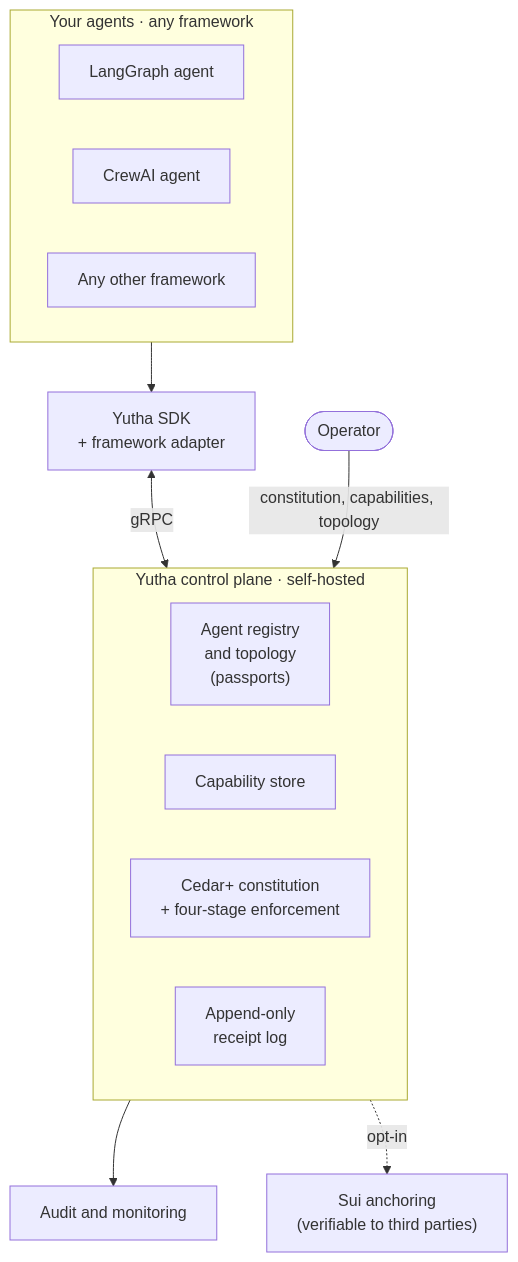
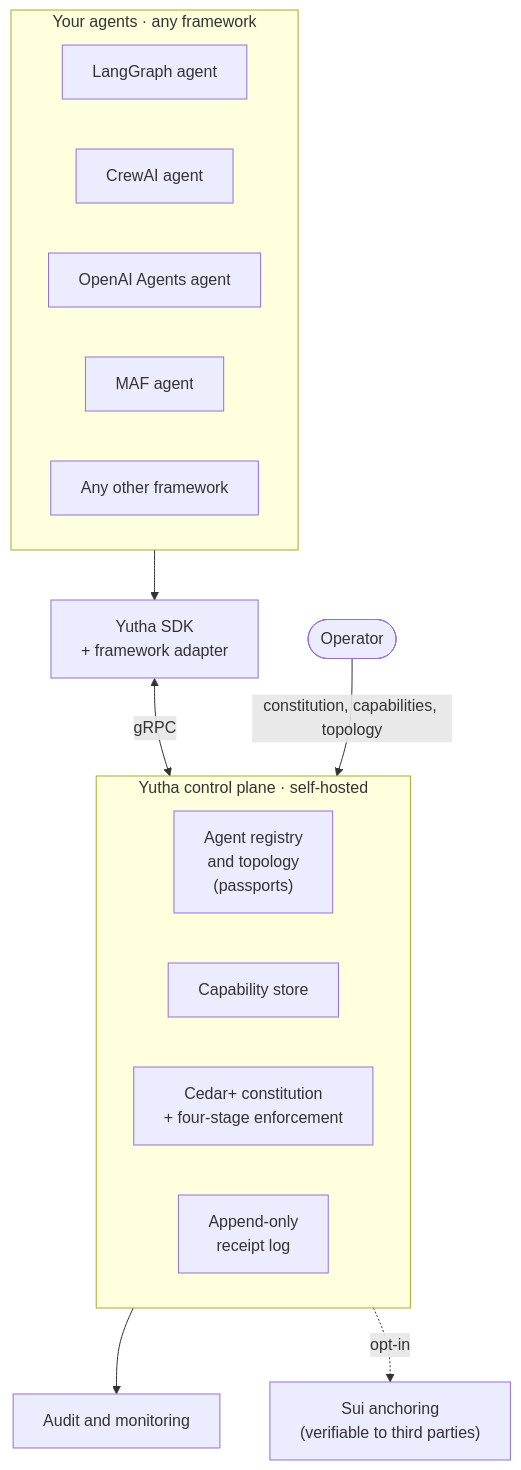
One commit to abhinavg6/yutha changed the diagram in docs/index.md. Above: the diagram before and after it, drawn with Mermaid. The commit also changed other lines of this file and 21 other files, not shown here.

First line of the commit message:
Release v0.1.0-alpha.2 — OpenAI Agents + MAF adapters + examples

````diff
--- a/docs/index.md
+++ b/docs/index.md
@@ -21,30 +21,32 @@
 ```mermaid
 flowchart TB
     Op(["Operator"])
 
     subgraph YA["Your agents · any framework"]
         direction LR
         A1["LangGraph agent"]
         A2["CrewAI agent"]
-        A3["Any other framework"]
+        A3["OpenAI Agents agent"]
+        A4["MAF agent"]
+        A5["Any other framework"]
     end
 
     SDK["Yutha SDK<br/>+ framework adapter"]
 
     subgraph CP["Yutha control plane · self-hosted"]
         direction LR
         Reg["Agent registry<br/>and topology<br/>(passports)"]
         Cap["Capability store"]
         Const["Cedar+ constitution<br/>+ four-stage enforcement"]
         Rec["Append-only<br/>receipt log"]
     end
 
     Audit["Audit and monitoring"]
     Sui["Sui anchoring<br/>(verifiable to third parties)"]
 
     YA --> SDK
     SDK <-->|gRPC| CP
     Op -->|"constitution, capabilities, topology"| CP
     Rec --> Audit
     Rec -.->|"opt-in"| Sui
 ```
````
